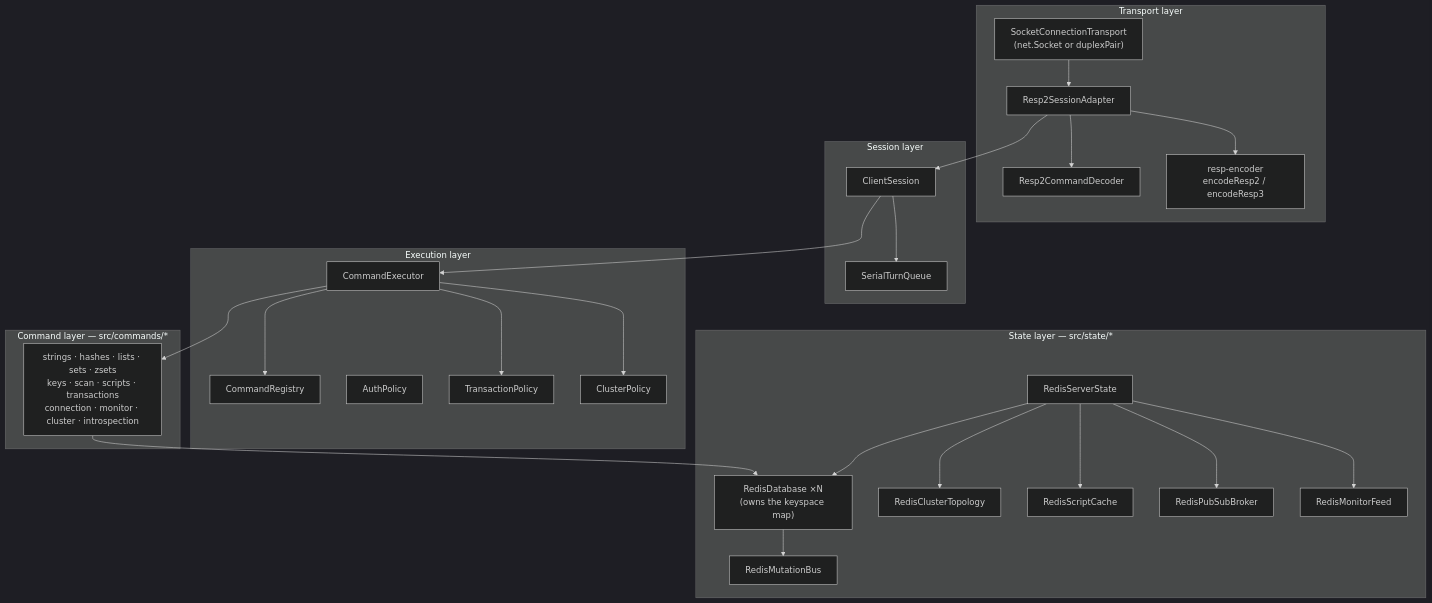
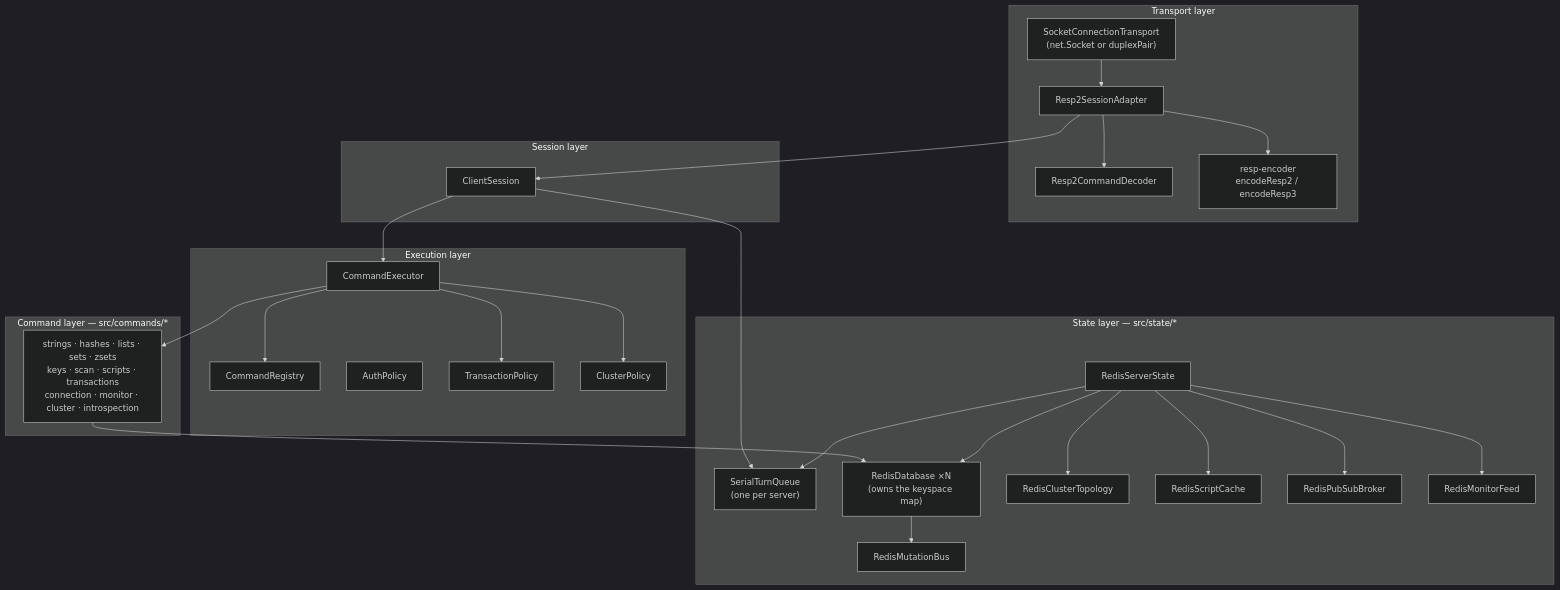
One commit to fatal10110/js-redis-server changed the second of 6 diagrams in docs/ARCHITECTURE.md. Above: the diagram before and after it, drawn with Mermaid (dark theme). The commit also changed other lines of this file and 8 other files, not shown here.

First line of the commit message:
refactor: one turn queue per server instead of per database (#369) (#481)

````diff
--- a/docs/ARCHITECTURE.md
+++ b/docs/ARCHITECTURE.md
@@ -79,54 +79,55 @@
 ```mermaid
 graph TD
     subgraph "Transport layer"
         ST["SocketConnectionTransport<br/>(net.Socket or duplexPair)"]
         SA[Resp2SessionAdapter]
         DEC[Resp2CommandDecoder]
         ENC["resp-encoder<br/>encodeResp2 / encodeResp3"]
     end
 
     subgraph "Session layer"
         CS[ClientSession]
-        TQ[SerialTurnQueue]
     end
 
     subgraph "Execution layer"
         CE[CommandExecutor]
         CR[CommandRegistry]
         AP[AuthPolicy]
         TP[TransactionPolicy]
         CP[ClusterPolicy]
     end
 
     subgraph "Command layer — src/commands/*"
         CMD["strings · hashes · lists · sets · zsets<br/>keys · scan · scripts · transactions<br/>connection · monitor · cluster · introspection"]
     end
 
     subgraph "State layer — src/state/*"
         SS[RedisServerState]
+        TQ["SerialTurnQueue<br/>(one per server)"]
         RD["RedisDatabase ×N<br/>(owns the keyspace map)"]
         MB[RedisMutationBus]
         CT[RedisClusterTopology]
         SCC[RedisScriptCache]
         PB[RedisPubSubBroker]
         MF[RedisMonitorFeed]
     end
 
     ST --> SA
     SA --> DEC
     SA --> ENC
     SA --> CS
     CS --> TQ
     CS --> CE
     CE --> CR
     CE --> TP
     CE --> CP
     CE --> CMD
     CMD --> RD
+    SS --> TQ
     SS --> RD
     SS --> CT
     SS --> SCC
     SS --> PB
     SS --> MF
     RD --> MB
 ```
````
